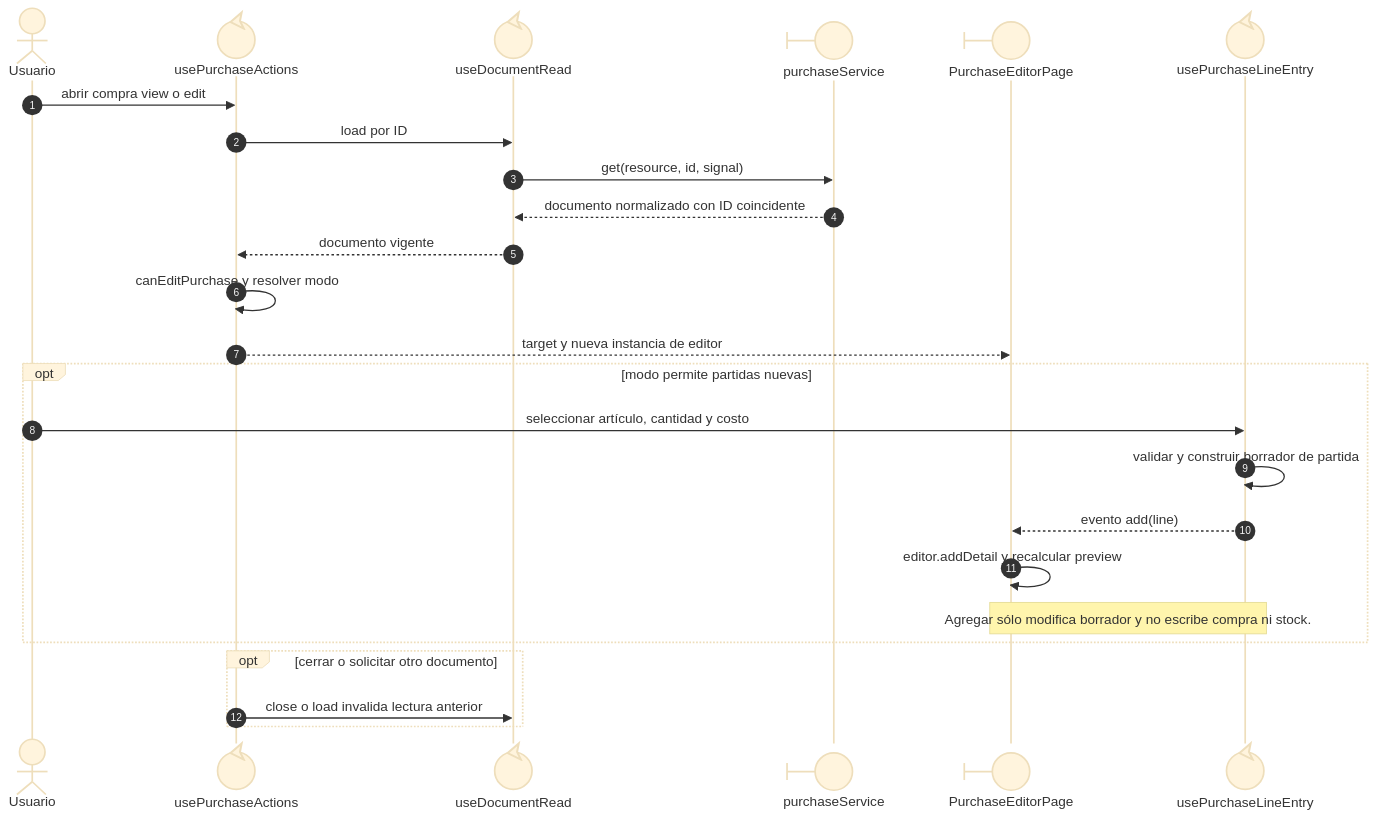
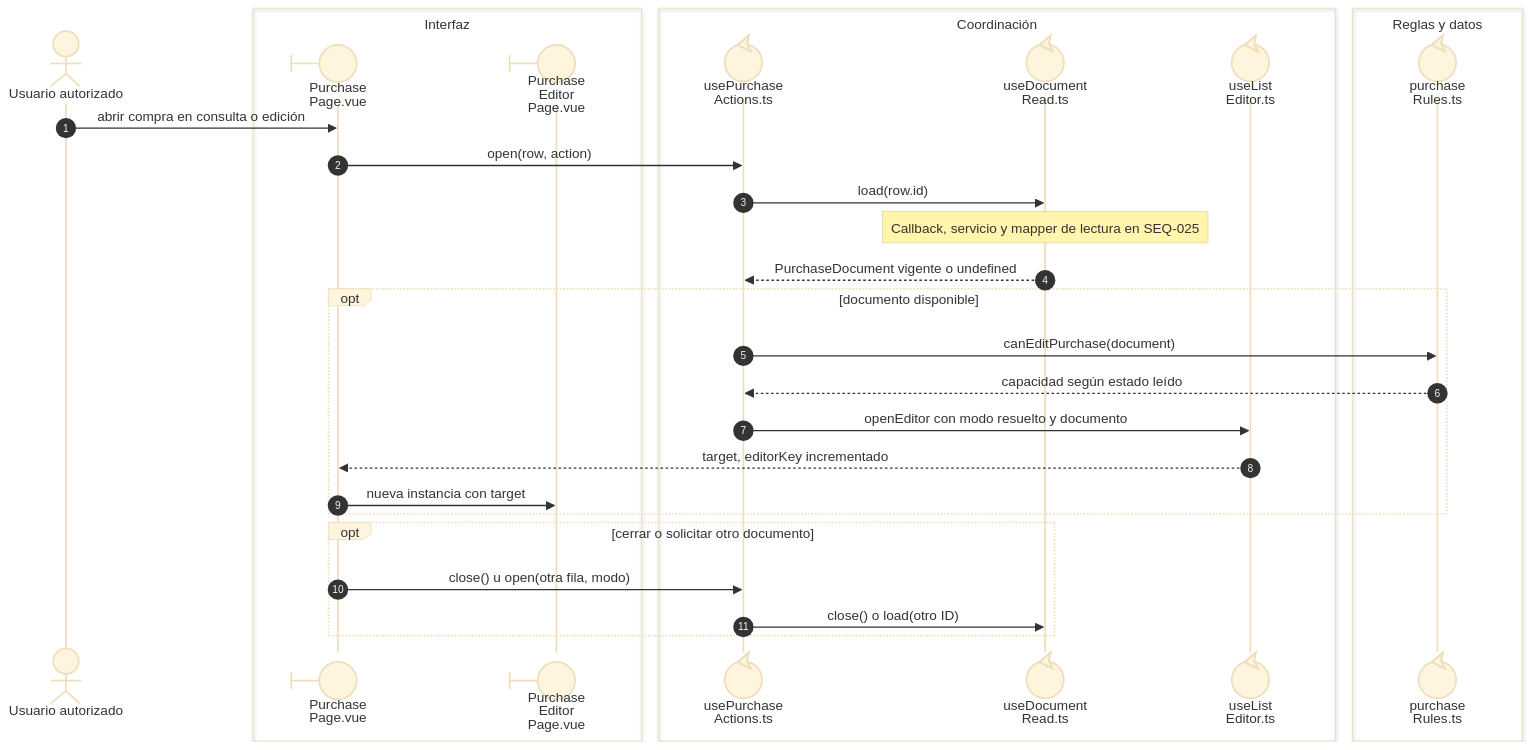
One commit to gpgsistemas01/nexus changed the diagram in front/docs/architecture/views/processes/06-purchases/01-purchase-read-lines.md. Above: the diagram before and after it, drawn with Mermaid (base theme). The commit also changed other lines of this file and 46 other files, not shown here.

Commit message:
docs: alinear secuencias Vue con participantes y callbacks reales

````diff
--- a/front/docs/architecture/views/processes/06-purchases/01-purchase-read-lines.md
+++ b/front/docs/architecture/views/processes/06-purchases/01-purchase-read-lines.md
@@ -15,27 +13,33 @@
 ```mermaid
 sequenceDiagram
     autonumber
-    actor Usuario
-    participant Actions@{ "type": "control" } as usePurchaseActions
-    participant Reader@{ "type": "control" } as useDocumentRead
-    participant Service@{ "type": "boundary" } as purchaseService
-    participant Page@{ "type": "boundary" } as PurchaseEditorPage
-    participant Line@{ "type": "control" } as usePurchaseLineEntry
-    Usuario->>Actions: abrir compra view o edit
-    Actions->>Reader: load por ID
-    Reader->>Service: get(resource, id, signal)
-    Service-->>Reader: documento normalizado con ID coincidente
-    Reader-->>Actions: documento vigente
-    Actions->>Actions: canEditPurchase y resolver modo
-    Actions-->>Page: target y nueva instancia de editor
-    opt modo permite partidas nuevas
-        Usuario->>Line: seleccionar artículo, cantidad y costo
-        Line->>Line: validar y construir borrador de partida
-        Line-->>Page: evento add(line)
-        Page->>Page: editor.addDetail y recalcular preview
-        Note over Page,Line: Agregar sólo modifica borrador y no escribe compra ni stock.
+    actor U as Usuario autorizado
+    box Interfaz
+    participant Page@{ "type": "boundary" } as Purchase<br/>Page.vue
+    participant EditorPage@{ "type": "boundary" } as Purchase<br/>Editor<br/>Page.vue
+    end
+    box Coordinación
+    participant Actions@{ "type": "control" } as usePurchase<br/>Actions.ts
+    participant Reader@{ "type": "control" } as useDocument<br/>Read.ts
+    participant State@{ "type": "control" } as useList<br/>Editor.ts
+    end
+    box Reglas y datos
+    participant Rules@{ "type": "control" } as purchase<br/>Rules.ts
+    end
+    U->>Page: abrir compra en consulta o edición
+    Page->>Actions: open(row, action)
+    Actions->>Reader: load(row.id)
+    Note over Reader: Callback, servicio y mapper de lectura en SEQ-025
+    Reader-->>Actions: PurchaseDocument vigente o undefined
+    opt documento disponible
+        Actions->>Rules: canEditPurchase(document)
+        Rules-->>Actions: capacidad según estado leído
+        Actions->>State: openEditor con modo resuelto y documento
+        State-->>Page: target, editorKey incrementado
+        Page->>EditorPage: nueva instancia con target
     end
     opt cerrar o solicitar otro documento
-        Actions->>Reader: close o load invalida lectura anterior
+        Page->>Actions: close() u open(otra fila, modo)
+        Actions->>Reader: close() o load(otro ID)
     end
 ```
````
